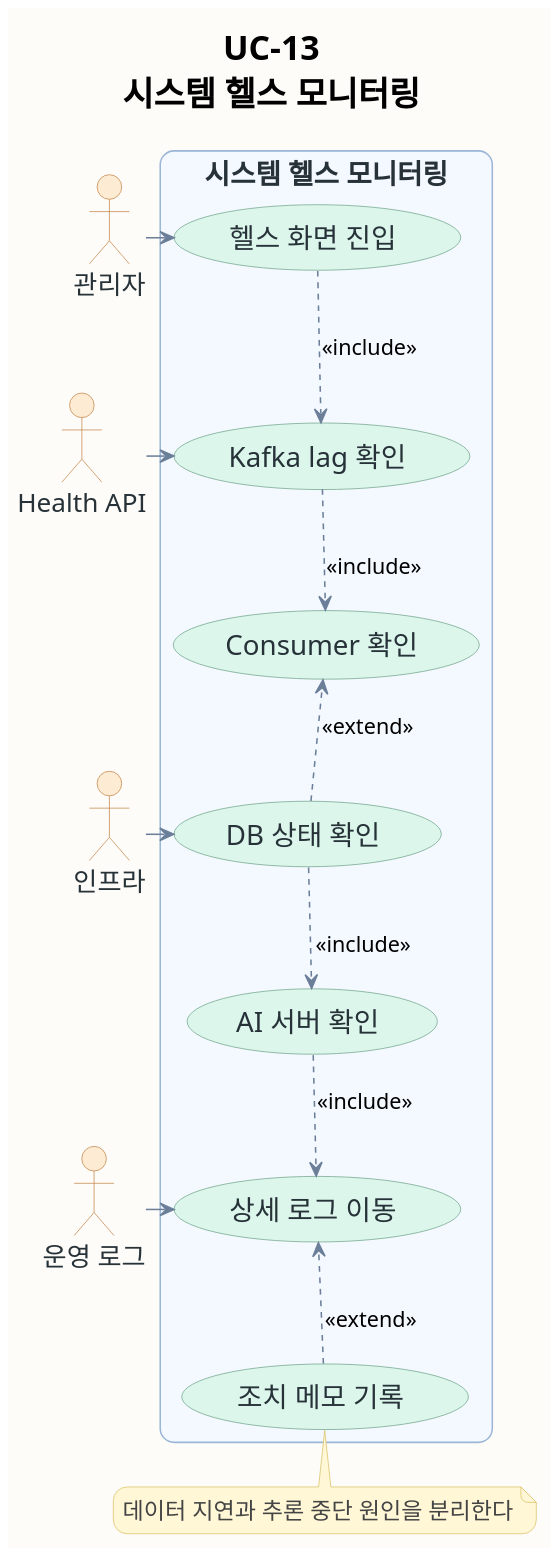
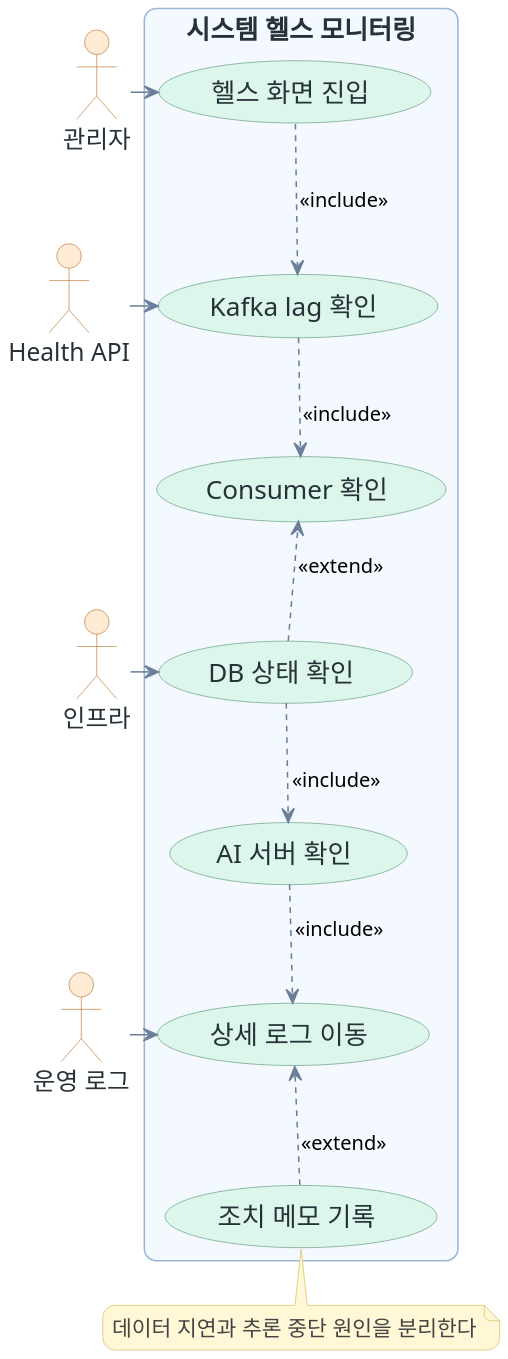
One commit to ricky30825-creator/BMS changed the diagram in assets/diagrams/usecase/uc-13-usecase.puml. Above: the diagram before and after it, drawn with PlantUML. The commit also changed 32 other files, not shown here.

```diff
--- a/assets/diagrams/usecase/uc-13-usecase.puml
+++ b/assets/diagrams/usecase/uc-13-usecase.puml
@@ -1,73 +1,71 @@
 @startuml
 !pragma layout smetana
-skinparam backgroundColor #FEFCF8
+skinparam backgroundColor transparent
 skinparam shadowing false
 skinparam dpi 180
 skinparam defaultFontName "AppleGothic"
-skinparam defaultFontSize 18
-skinparam TitleFontSize 22
-skinparam ActorFontSize 17
-skinparam UsecaseFontSize 18
-skinparam NoteFontSize 15
-skinparam ArrowFontSize 14
-skinparam roundcorner 18
+skinparam defaultFontSize 17
+skinparam ActorFontSize 16
+skinparam UsecaseFontSize 17
+skinparam NoteFontSize 14
+skinparam ArrowFontSize 13
+skinparam roundcorner 16
 skinparam usecase {
   BackgroundColor #F8FAFC
   BorderColor #8EA7C2
   ArrowColor #6B7F99
   FontColor #263238
 }
 skinparam actor {
   BackgroundColor #FDEBD3
   BorderColor #C58A50
   FontColor #263238
 }
 skinparam rectangle {
   BackgroundColor #F4F8FF
   BorderColor #9BB6D6
   FontColor #263238
 }
 skinparam note {
   BackgroundColor #FFF7D6
   BorderColor #D9C36A
   FontColor #444444
 }
 top to bottom direction
 skinparam usecase {
   BackgroundColor #DDF6EC
   BorderColor #74A88C
 }
-title UC-13\n시스템 헬스 모니터링
 actor "관리자" as A
 actor "Health API" as S1
 actor "인프라" as S2
 actor "운영 로그" as S3
 rectangle "시스템 헬스 모니터링" {
   usecase "헬스 화면 진입" as U1
   usecase "Kafka lag 확인" as U2
   usecase "Consumer 확인" as U3
   usecase "DB 상태 확인" as U4
   usecase "AI 서버 확인" as U5
   usecase "상세 로그 이동" as U6
   usecase "조치 메모 기록" as U7
 }
 U1 -[hidden]down- U2
 U2 -[hidden]down- U3
 U3 -[hidden]down- U4
 U4 -[hidden]down- U5
 U5 -[hidden]down- U6
 U6 -[hidden]down- U7
 A -right-> U1
 S1 -left-> U2
 S2 -left-> U4
 S3 -left-> U6
 U1 ..> U2 : <<include>>
 U2 ..> U3 : <<include>>
 U4 ..> U3 : <<extend>>
 U4 ..> U5 : <<include>>
 U5 ..> U6 : <<include>>
 U7 ..> U6 : <<extend>>
 note bottom of U7
 데이터 지연과 추론 중단 원인을 분리한다
 end note
 @enduml
```
